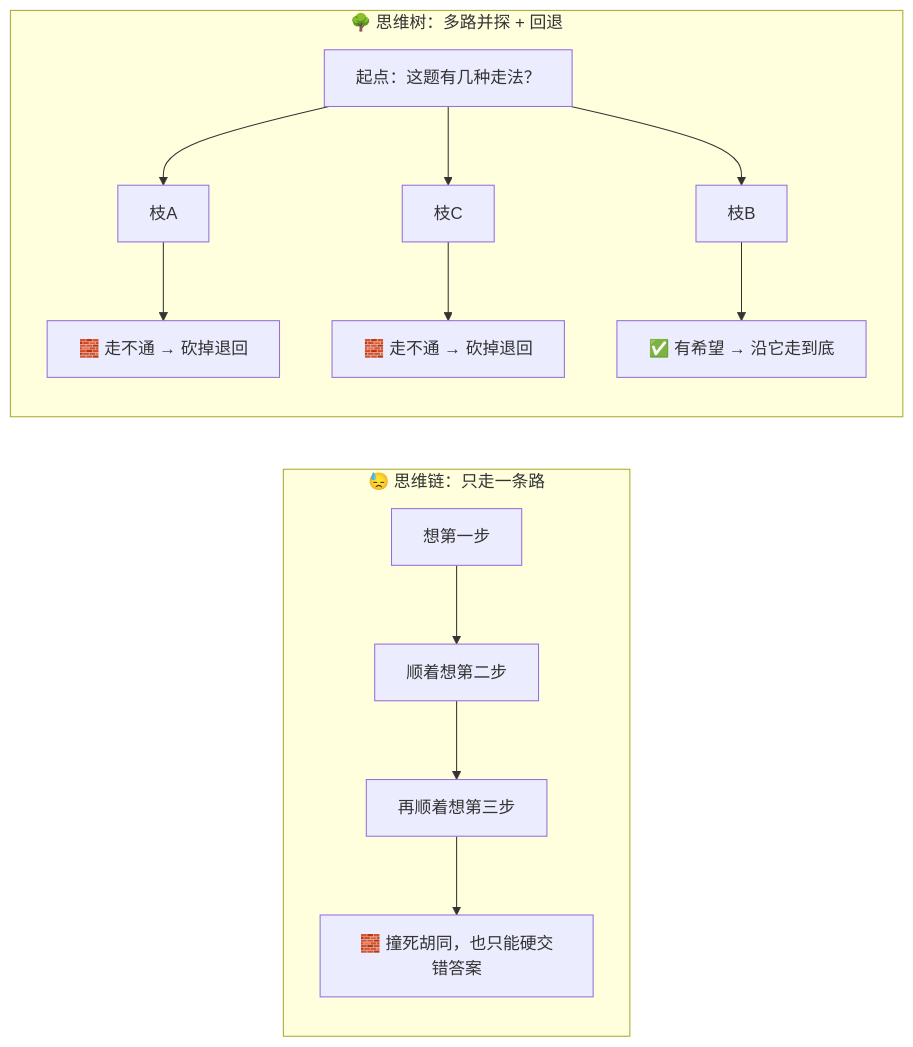
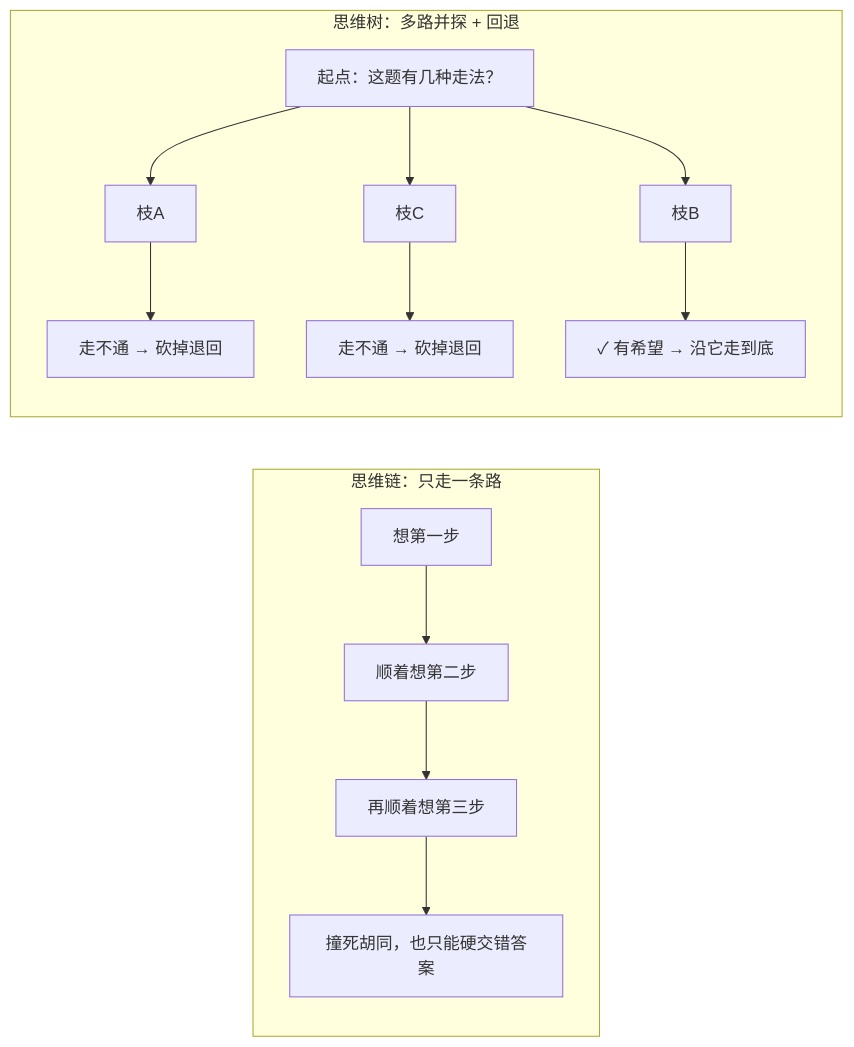
One commit to luckykhy/KhyAiHub changed the first of 6 diagrams in docs/02_CONCEPTS_概念入门/CONCEPT/[CONCEPT-24] 什么是思维树-TreeOfThoughts.md. Above: the diagram before and after it, drawn with Mermaid. The commit also changed other lines of this file, not shown here.

````diff
--- a/docs/02_CONCEPTS_概念入门/CONCEPT/[CONCEPT-24] 什么是思维树-TreeOfThoughts.md
+++ b/docs/02_CONCEPTS_概念入门/CONCEPT/[CONCEPT-24] 什么是思维树-TreeOfThoughts.md
@@ -41,14 +41,14 @@
 ```mermaid
 flowchart LR
-  subgraph 一条链["😓 思维链：只走一条路"]
-    C1["想第一步"] --> C2["顺着想第二步"] --> C3["再顺着想第三步"] --> DEAD["🧱 撞死胡同，也只能硬交错答案"]
+  subgraph 一条链["思维链：只走一条路"]
+    C1["想第一步"] --> C2["顺着想第二步"] --> C3["再顺着想第三步"] --> DEAD["撞死胡同，也只能硬交错答案"]
   end
-  subgraph 一棵树["🌳 思维树：多路并探 + 回退"]
+  subgraph 一棵树["思维树：多路并探 + 回退"]
     T0["起点：这题有几种走法？"] --> T1["枝A"]
     T0 --> T2["枝B"]
     T0 --> T3["枝C"]
-    T1 --> TA["🧱 走不通 → 砍掉退回"]
-    T3 --> TC["🧱 走不通 → 砍掉退回"]
-    T2 --> WIN["✅ 有希望 → 沿它走到底"]
+    T1 --> TA["走不通 → 砍掉退回"]
+    T3 --> TC["走不通 → 砍掉退回"]
+    T2 --> WIN["✓ 有希望 → 沿它走到底"]
   end
 ```
````
